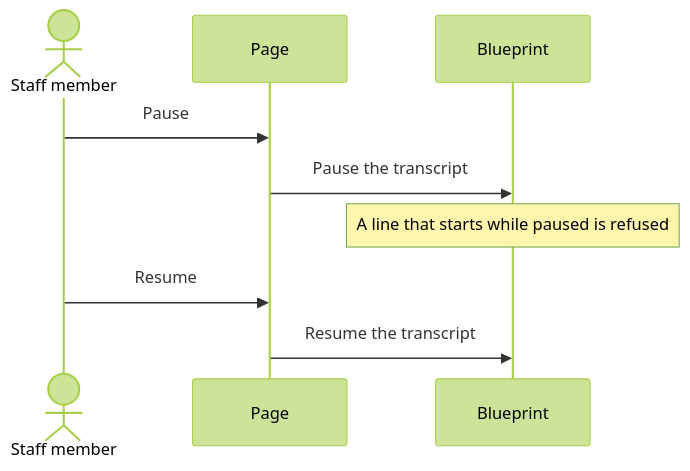
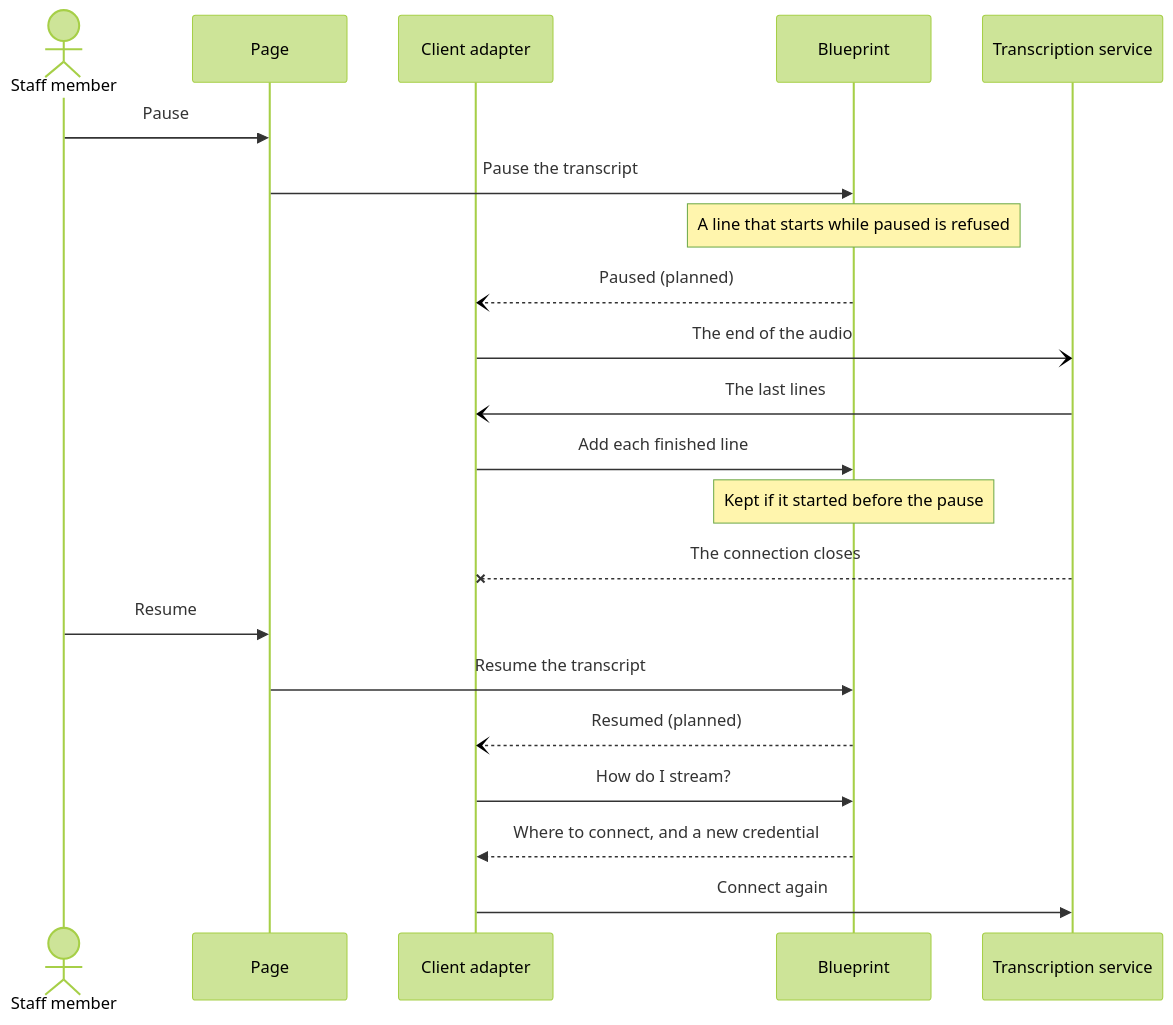
Before and after one commit to codeforamerica/safety-net-blueprint: the fourth of 6 diagrams in docs/architecture/domains/communication.md, drawn with Mermaid (forest theme). The commit also changed other lines of this file, not shown here.

First line of the commit message:
Decide the session's states, and that going off the record stops the audio

````diff
--- a/docs/architecture/domains/communication.md
+++ b/docs/architecture/domains/communication.md
@@ -150,12 +150,24 @@
 ```mermaid
 sequenceDiagram
     actor Staff as Staff member
     participant Page
+    participant Client as Client adapter
     participant Blueprint
+    participant Service as Transcription service
 
     Staff->>Page: Pause
     Page->>Blueprint: Pause the transcript
     Note over Blueprint: A line that starts while paused is refused
+    Blueprint--)Client: Paused (planned)
+    Client-)Service: The end of the audio
+    Service-)Client: The last lines
+    Client->>Blueprint: Add each finished line
+    Note over Blueprint: Kept if it started before the pause
+    Service--xClient: The connection closes
     Staff->>Page: Resume
     Page->>Blueprint: Resume the transcript
+    Blueprint--)Client: Resumed (planned)
+    Client->>Blueprint: How do I stream?
+    Blueprint-->>Client: Where to connect, and a new credential
+    Client->>Service: Connect again
 ```
````
